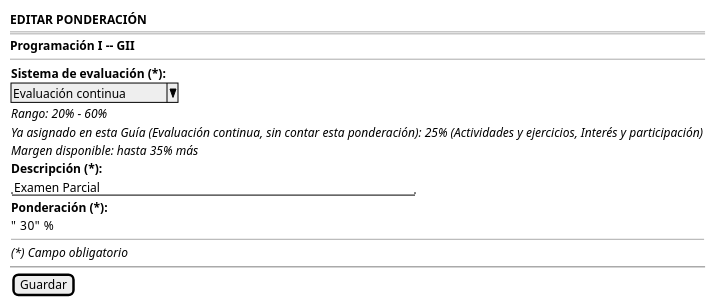
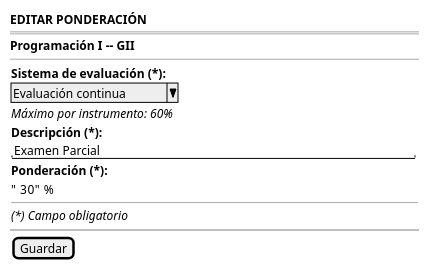
The first of 2 diagrams in RUP/01-requisitos/03-detalle-casos-uso/editarPonderacionEvaluacion/wireframes.puml (mmasias/pyCeldaPublico), drawn with PlantUML before and after one commit. The commit also changed other lines of this file and 14 other files, not shown here.

```diff
--- a/RUP/01-requisitos/03-detalle-casos-uso/editarPonderacionEvaluacion/wireframes.puml
+++ b/RUP/01-requisitos/03-detalle-casos-uso/editarPonderacionEvaluacion/wireframes.puml
@@ -1,23 +1,21 @@
 @startsalt editarPonderacionEvaluacion-wireframe-formulario
 {
     <b>EDITAR PONDERACIÓN</b>
     ====
     <b>Programación I -- GII</b>
     --
     {
         <b>Sistema de evaluación (*):</b>
         ^Evaluación continua^
-        <i>Rango: 20% - 60%</i>
-        <i>Ya asignado en esta Guía (Evaluación continua, sin contar esta ponderación): 25% (Actividades y ejercicios, Interés y participación)</i>
-        <i>Margen disponible: hasta 35% más</i>
+        <i>Máximo por instrumento: 60%</i>
         <b>Descripción (*):</b>
         "Examen Parcial                                    "
         <b>Ponderación (*):</b>
         "  30" %
         --
         <i>(*) Campo obligatorio</i>
     }
     ~~
     {[Guardar]}
 }
 @endsalt
```
